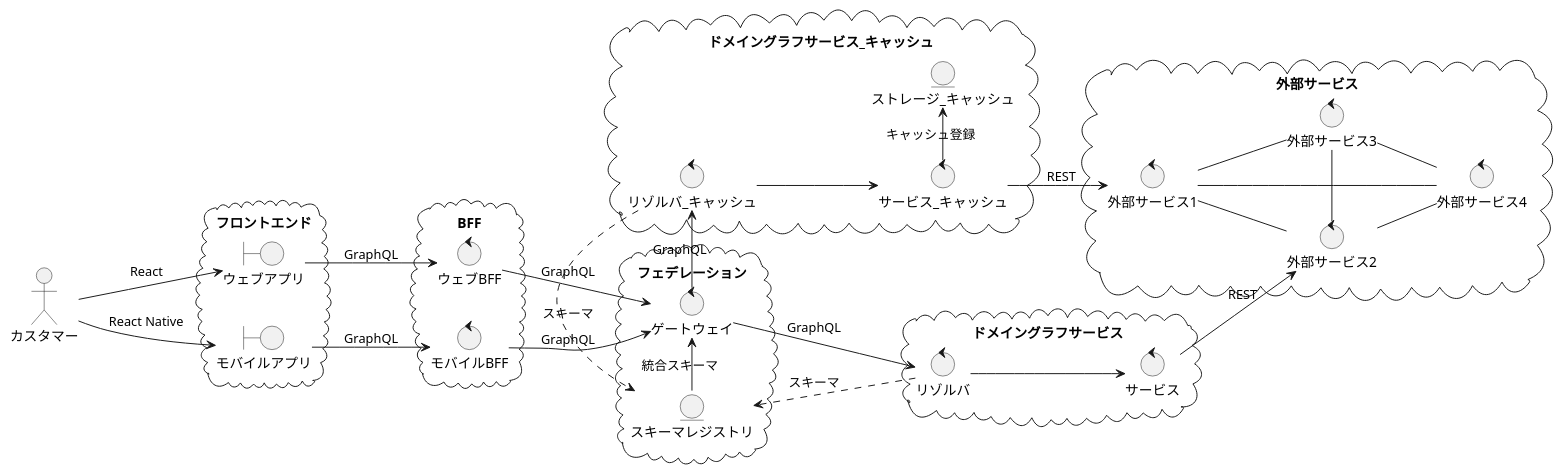
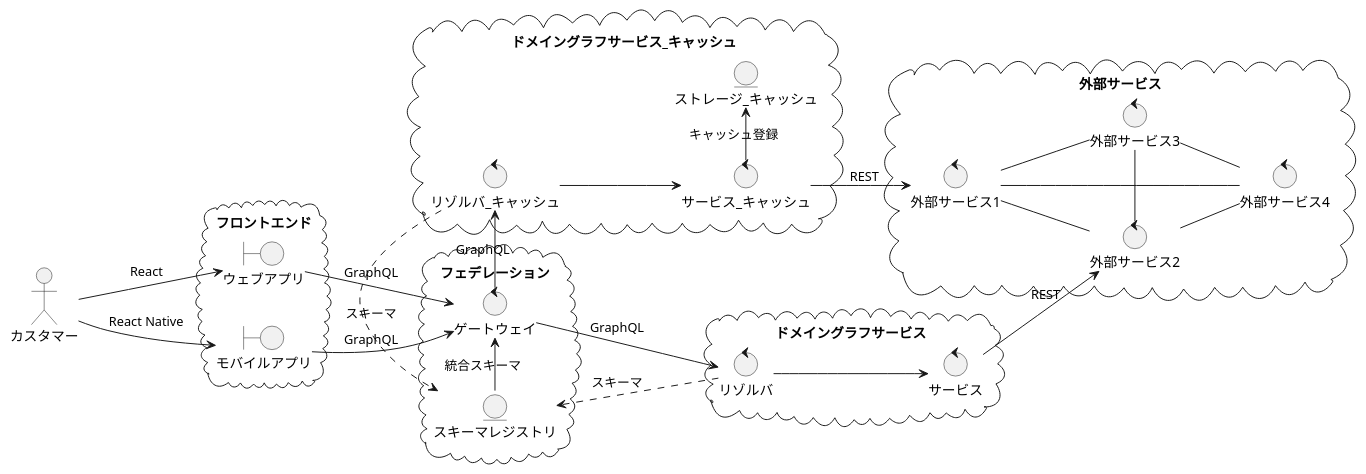
One commit to nilcy/monorepo changed the fourth of 4 diagrams in docs/arch/Container.md. Above: the diagram before and after it, drawn with PlantUML. The commit also changed other lines of this file, not shown here.

````diff
--- a/docs/arch/Container.md
+++ b/docs/arch/Container.md
@@ -114,58 +96,52 @@
 ```plantuml:container_federation
 @startuml
 skinparam monochrome true
 skinparam handwritten false
 skinparam defaultFontName "Yu Gothic UI, sans-serif"
 left to right direction
 actor カスタマー
 cloud フロントエンド {
     boundary ウェブアプリ
     boundary モバイルアプリ
     カスタマー --> ウェブアプリ : React
     カスタマー --> モバイルアプリ : React Native
 }
-cloud BFF {
-    control ウェブBFF
-    control モバイルBFF
-    ウェブアプリ --> ウェブBFF : GraphQL
-    モバイルアプリ --> モバイルBFF : GraphQL
-}
 cloud フェデレーション {
     control ゲートウェイ
     entity スキーマレジストリ
-    ウェブBFF --> ゲートウェイ : GraphQL
-    モバイルBFF --> ゲートウェイ : GraphQL
+    ウェブアプリ --> ゲートウェイ : GraphQL
+    モバイルアプリ --> ゲートウェイ : GraphQL
     ゲートウェイ <- スキーマレジストリ : 統合スキーマ
 }
 cloud ドメイングラフサービス_キャッシュ {
     control リゾルバ_キャッシュ
     control サービス_キャッシュ
     entity ストレージ_キャッシュ
     ゲートウェイ --> リゾルバ_キャッシュ : GraphQL
     リゾルバ_キャッシュ --> サービス_キャッシュ
     サービス_キャッシュ -> ストレージ_キャッシュ : キャッシュ登録
     リゾルバ_キャッシュ ..> スキーマレジストリ : スキーマ
 }
 cloud ドメイングラフサービス {
     control リゾルバ
     control サービス
     ゲートウェイ --> リゾルバ : GraphQL
     リゾルバ --> サービス
     リゾルバ ..> スキーマレジストリ : スキーマ
 }
 cloud 外部サービス {
     control 外部サービス1
     control 外部サービス2
     control 外部サービス3
     control 外部サービス4
     外部サービス1 - 外部サービス2
     外部サービス1 -- 外部サービス3
     外部サービス1 - 外部サービス4
     外部サービス2 -- 外部サービス4
     外部サービス3 - 外部サービス4
     外部サービス3 - 外部サービス2
 }
 サービス_キャッシュ --> 外部サービス1 : REST
 サービス --> 外部サービス2 : REST
 @enduml
 ```
````
